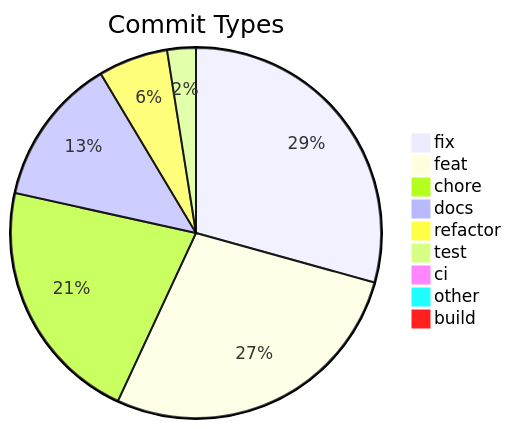
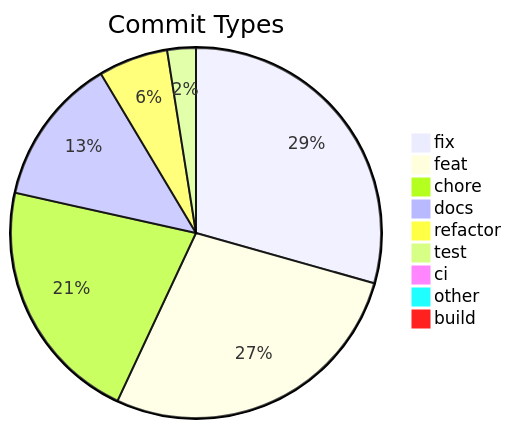
The diagram in .shipwright/compliance/change-history.md (svenroth-ai/shipwright), drawn with Mermaid before and after one commit. The commit also changed other lines of this file and 24 other files, not shown here.

````diff
--- a/.shipwright/compliance/change-history.md
+++ b/.shipwright/compliance/change-history.md
@@ -8,12 +8,12 @@
 ```mermaid
 pie title Commit Types
-    "fix" : 328
+    "fix" : 329
     "feat" : 309
     "chore" : 241
     "docs" : 145
     "refactor" : 68
     "test" : 28
     "ci" : 11
     "other" : 9
     "build" : 1
 ```
````
